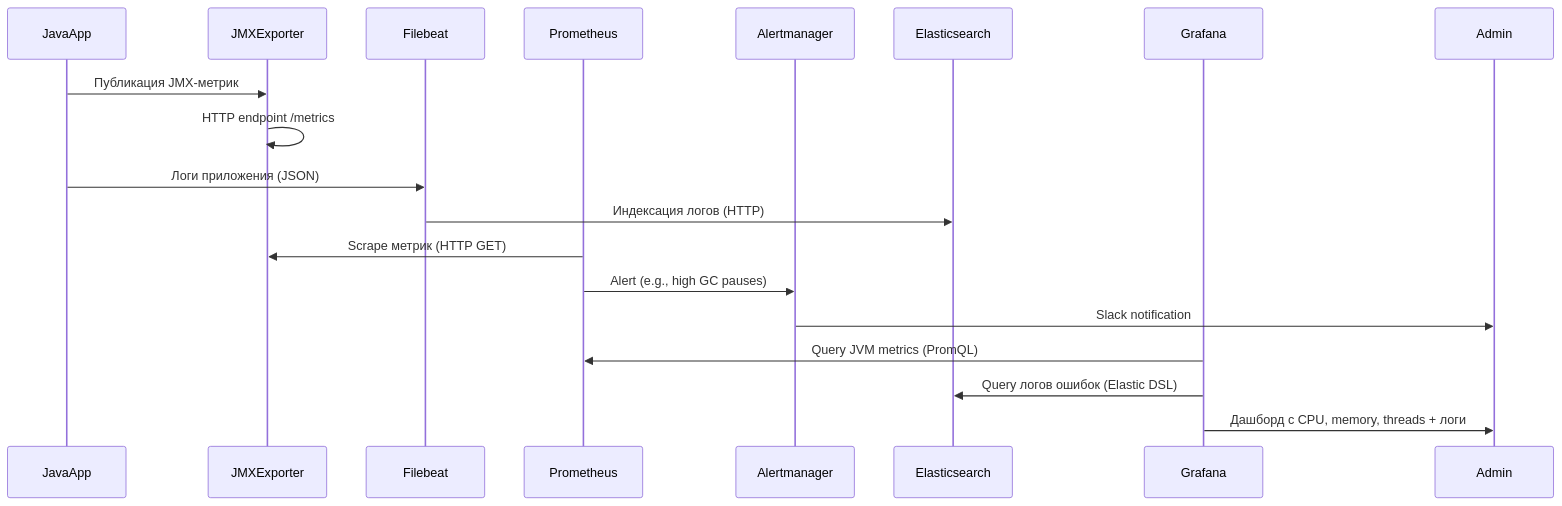
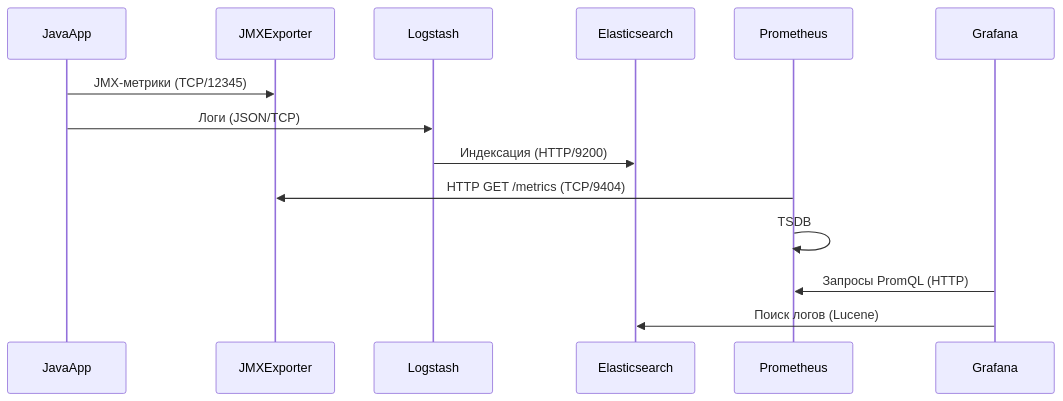
One commit to lamjob1993/linux-monitoring changed the third of 5 diagrams in Introduction_monitoring/README.md. Above: the diagram before and after it, drawn with Mermaid. The commit also changed other lines of this file, not shown here.

````diff
--- a/Introduction_monitoring/README.md
+++ b/Introduction_monitoring/README.md
@@ -126,21 +133,17 @@
-```mermaid
-sequenceDiagram
-    participant JavaApp
-    participant JMXExporter
-    participant Filebeat
-    participant Prometheus
-    participant Alertmanager
-    participant Elasticsearch
-    participant Grafana
+```mermaid  
+sequenceDiagram  
+    participant JavaApp  
+    participant JMXExporter  
+    participant Logstash  
+    participant Elasticsearch  
+    participant Prometheus  
+    participant Grafana  
 
-    JavaApp->>JMXExporter: Публикация JMX-метрик
-    JMXExporter->>JMXExporter: HTTP endpoint /metrics
-    JavaApp->>Filebeat: Логи приложения (JSON)
-    Filebeat->>Elasticsearch: Индексация логов (HTTP)
-    Prometheus->>JMXExporter: Scrape метрик (HTTP GET)
-    Prometheus->>Alertmanager: Alert (e.g., high GC pauses)
-    Alertmanager->>Admin: Slack notification
-    Grafana->>Prometheus: Query JVM metrics (PromQL)
-    Grafana->>Elasticsearch: Query логов ошибок (Elastic DSL)
-    Grafana->>Admin: Дашборд с CPU, memory, threads + логи
-```
+    JavaApp->>JMXExporter: JMX-метрики (TCP/12345)  
+    JavaApp->>Logstash: Логи (JSON/TCP)  
+    Logstash->>Elasticsearch: Индексация (HTTP/9200)  
+    Prometheus->>JMXExporter: HTTP GET /metrics (TCP/9404)  
+    Prometheus->>Prometheus: TSDB  
+    Grafana->>Prometheus: Запросы PromQL (HTTP)  
+    Grafana->>Elasticsearch: Поиск логов (Lucene)  
+```  
````
